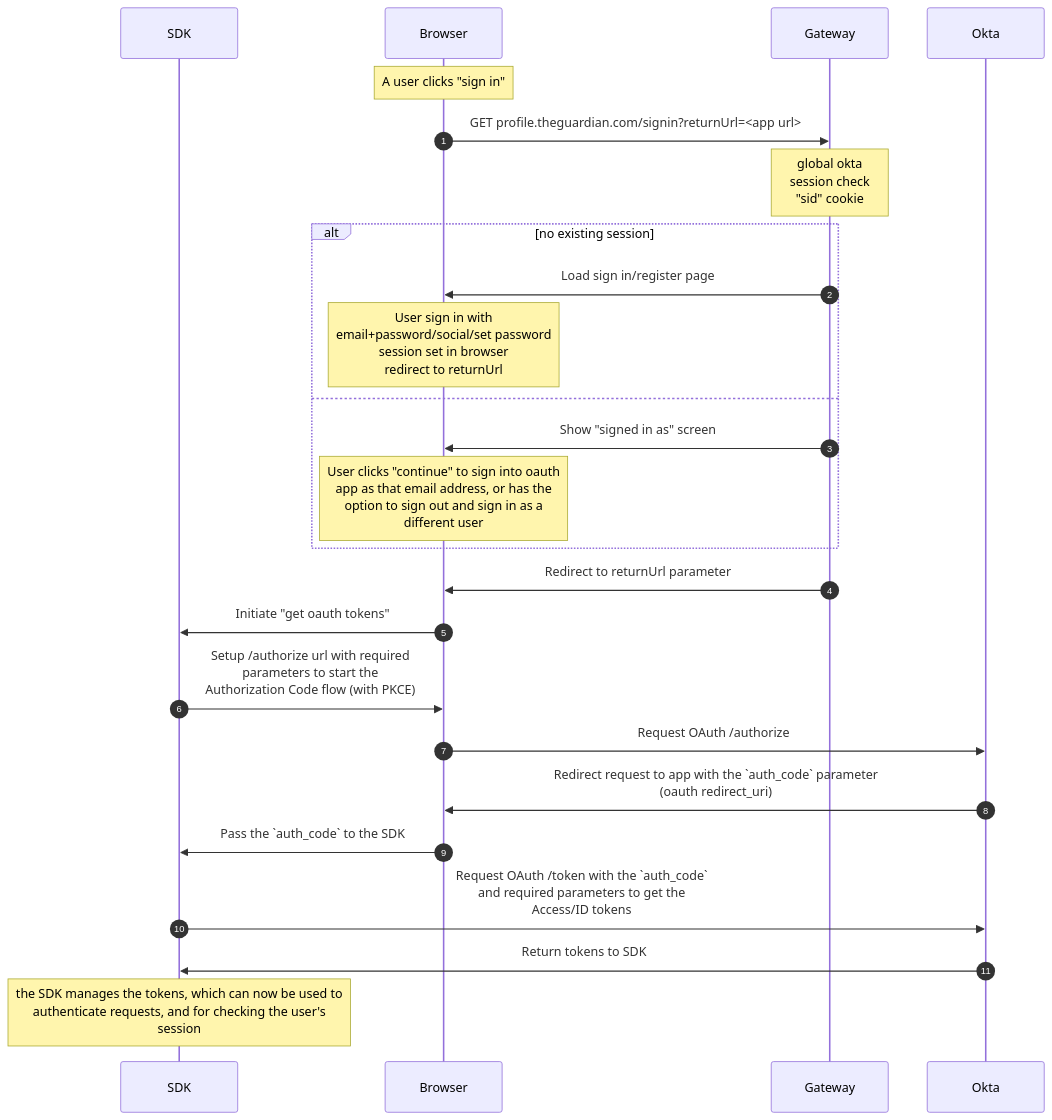
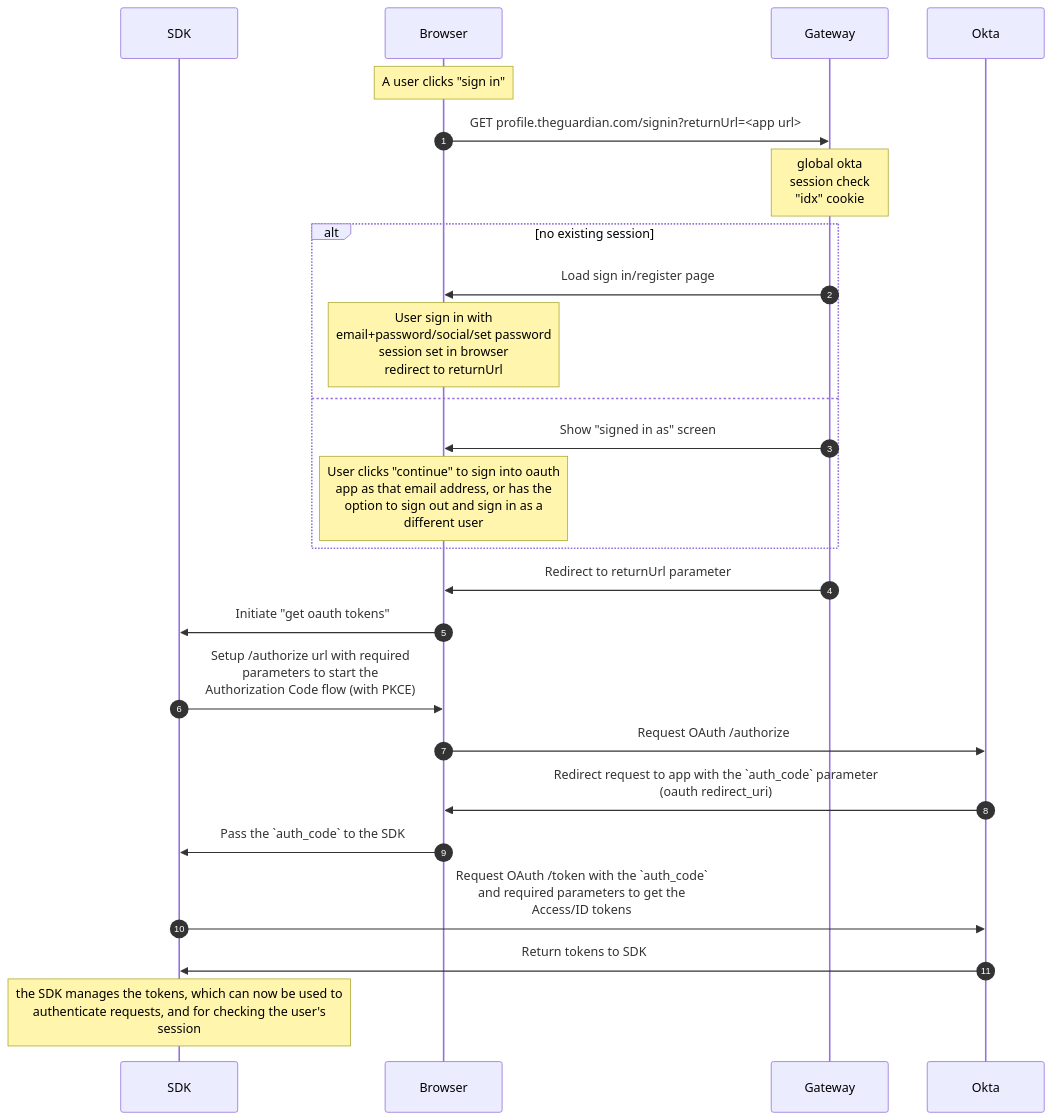
The second of 3 diagrams in docs/okta/web-apps-integration-guide.md (guardian/gateway), drawn with Mermaid before and after one commit. The commit also changed other lines of this file and 11 other files, not shown here.

Commit message:
refactor(okta): switch from `sid` cookie to `idx` cookie in tests and documentation

````diff
--- a/docs/okta/web-apps-integration-guide.md
+++ b/docs/okta/web-apps-integration-guide.md
@@ -243,29 +243,29 @@
 ```mermaid
 sequenceDiagram
 autonumber
 
 participant SDK
 participant Browser
 participant Gateway
 participant Okta
 
 note over Browser: A user clicks "sign in"
 Browser->>Gateway: GET profile.theguardian.com/signin?returnUrl=<app url>
-note over Gateway: global okta<br/>session check<br/>"sid" cookie
+note over Gateway: global okta<br/>session check<br/>"idx" cookie
 alt no existing session
   Gateway->>Browser: Load sign in/register page
   note over Browser: User sign in with<br>email+password/social/set password<br>session set in browser<br>redirect to returnUrl
 else
   Gateway->>Browser: Show "signed in as" screen
   note over Browser: User clicks "continue" to sign into oauth<br/>app as that email address, or has the<br/>option to sign out and sign in as a<br/>different user
 end
 Gateway->>Browser: Redirect to returnUrl parameter
 Browser->>SDK: Initiate "get oauth tokens"
 SDK->>Browser: Setup /authorize url with required<br/>parameters to start the<br/>Authorization Code flow (with PKCE)
 Browser->>Okta: Request OAuth /authorize
 Okta->>Browser: Redirect request to app with the `auth_code` parameter<br/>(oauth redirect_uri)
 Browser->>SDK: Pass the `auth_code` to the SDK
 SDK->>Okta: Request OAuth /token with the `auth_code`<br/>and required parameters to get the<br/>Access/ID tokens
 Okta->>SDK: Return tokens to SDK
 note over SDK: the SDK manages the tokens, which can now be used to<br/>authenticate requests, and for checking the user's<br/>session
 ```
````
